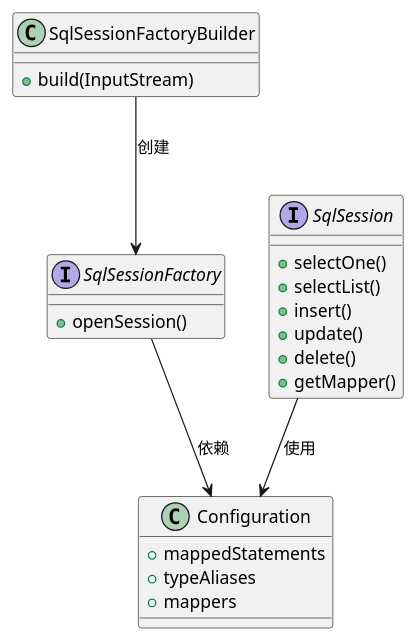
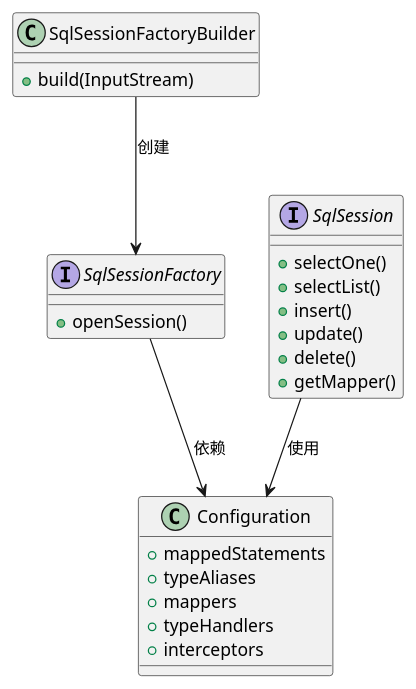
One commit to wb04307201/wb04307201 changed the fourth of 4 diagrams in note/08.mybatis/README.md. Above: the diagram before and after it, drawn with PlantUML. The commit also changed other lines of this file, not shown here.

````diff
--- a/note/08.mybatis/README.md
+++ b/note/08.mybatis/README.md
@@ -211,30 +332,32 @@
 ```plantuml
 @startuml
 class SqlSessionFactoryBuilder {
     + build(InputStream)
 }
 
 interface SqlSessionFactory {
     + openSession()
 }
 
 interface SqlSession {
     + selectOne()
     + selectList()
     + insert()
     + update()
     + delete()
     + getMapper()
 }
 
 class Configuration {
     + mappedStatements
     + typeAliases
     + mappers
+    + typeHandlers
+    + interceptors
 }
 
 SqlSessionFactoryBuilder --> SqlSessionFactory : 创建
 SqlSessionFactory --> Configuration : 依赖
 SqlSession --> Configuration : 使用
 @enduml
 ```
````
